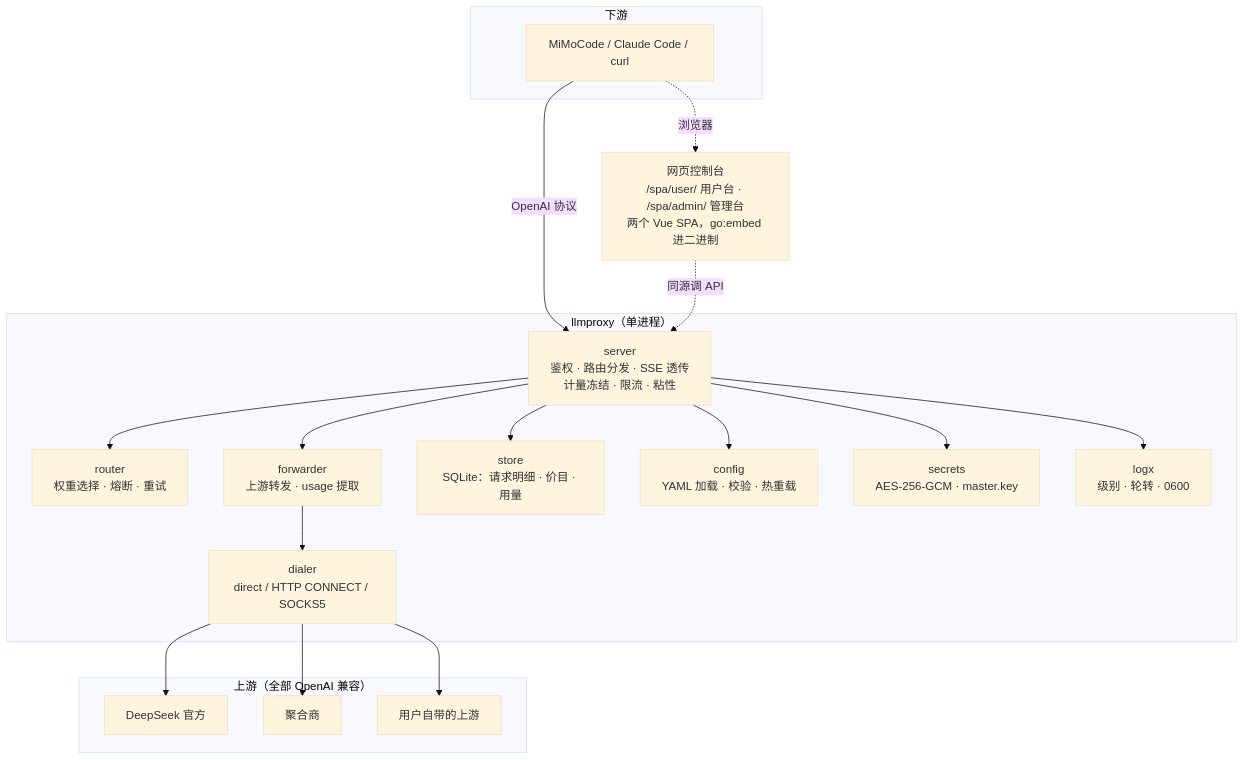
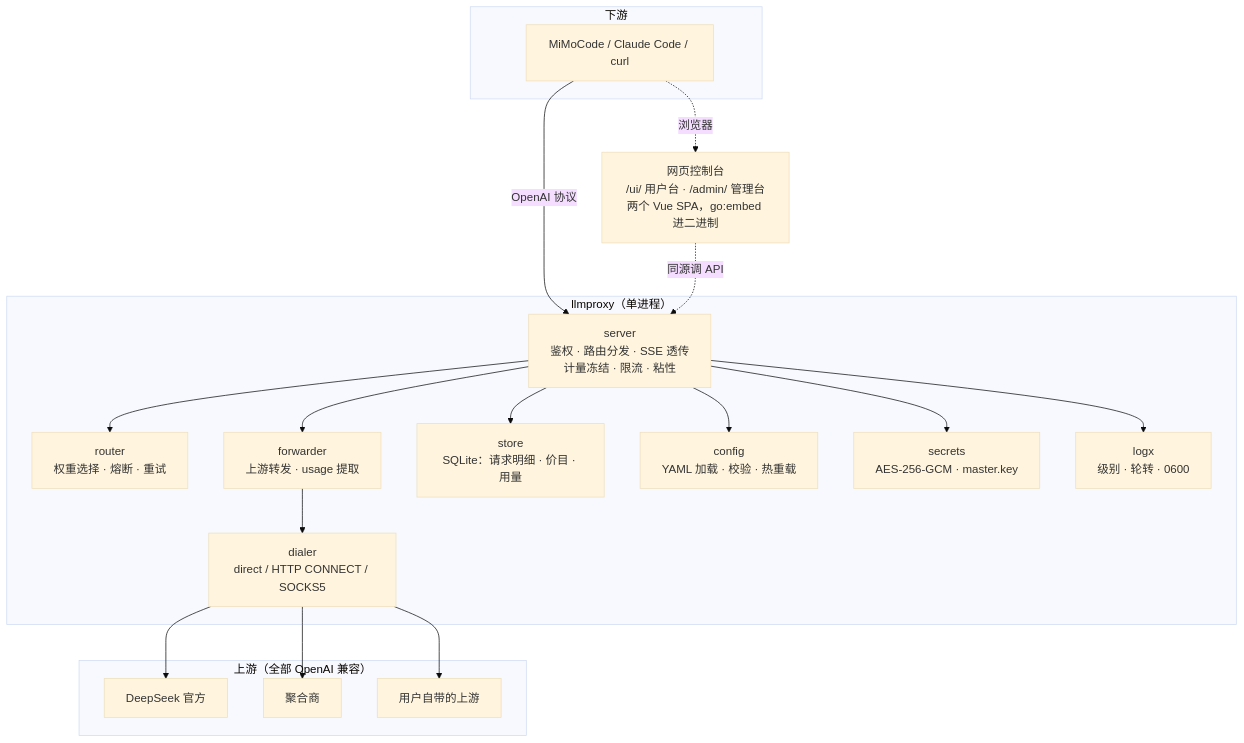
The first of 2 diagrams in llmproxy/docs/OVERVIEW.md (mynet-club/net-tools), drawn with Mermaid (base theme) before and after one commit. The commit also changed other lines of this file and 16 other files, not shown here.

First line of the commit message:
llmproxy: 正式入口切到两个 SPA —— 旧管理台移入 /admin/legacy/

````diff
--- a/llmproxy/docs/OVERVIEW.md
+++ b/llmproxy/docs/OVERVIEW.md
@@ -168,39 +168,39 @@
 ```mermaid
 graph TB
     subgraph DOWN["下游"]
         C1["MiMoCode / Claude Code / curl"]
     end
 
     subgraph PROC["llmproxy（单进程）"]
         S["server<br/>鉴权 · 路由分发 · SSE 透传<br/>计量冻结 · 限流 · 粘性"]
         R["router<br/>权重选择 · 熔断 · 重试"]
         F["forwarder<br/>上游转发 · usage 提取"]
         D["dialer<br/>direct / HTTP CONNECT / SOCKS5"]
         ST["store<br/>SQLite：请求明细 · 价目 · 用量"]
         CF["config<br/>YAML 加载 · 校验 · 热重载"]
         SE["secrets<br/>AES-256-GCM · master.key"]
         LX["logx<br/>级别 · 轮转 · 0600"]
     end
 
     subgraph UP["上游（全部 OpenAI 兼容）"]
         U1["DeepSeek 官方"]
         U2["聚合商"]
         U3["用户自带的上游"]
     end
 
-    UI["网页控制台<br/>/spa/user/ 用户台 · /spa/admin/ 管理台<br/>两个 Vue SPA，go:embed 进二进制"]
+    UI["网页控制台<br/>/ui/ 用户台 · /admin/ 管理台<br/>两个 Vue SPA，go:embed 进二进制"]
 
     C1 -->|"OpenAI 协议"| S
     S --> R
     S --> F
     F --> D
     D --> U1
     D --> U2
     D --> U3
     S --> ST
     S --> CF
     S --> SE
     S --> LX
     C1 -. "浏览器" .-> UI
     UI -. "同源调 API" .-> S
 ```
````
